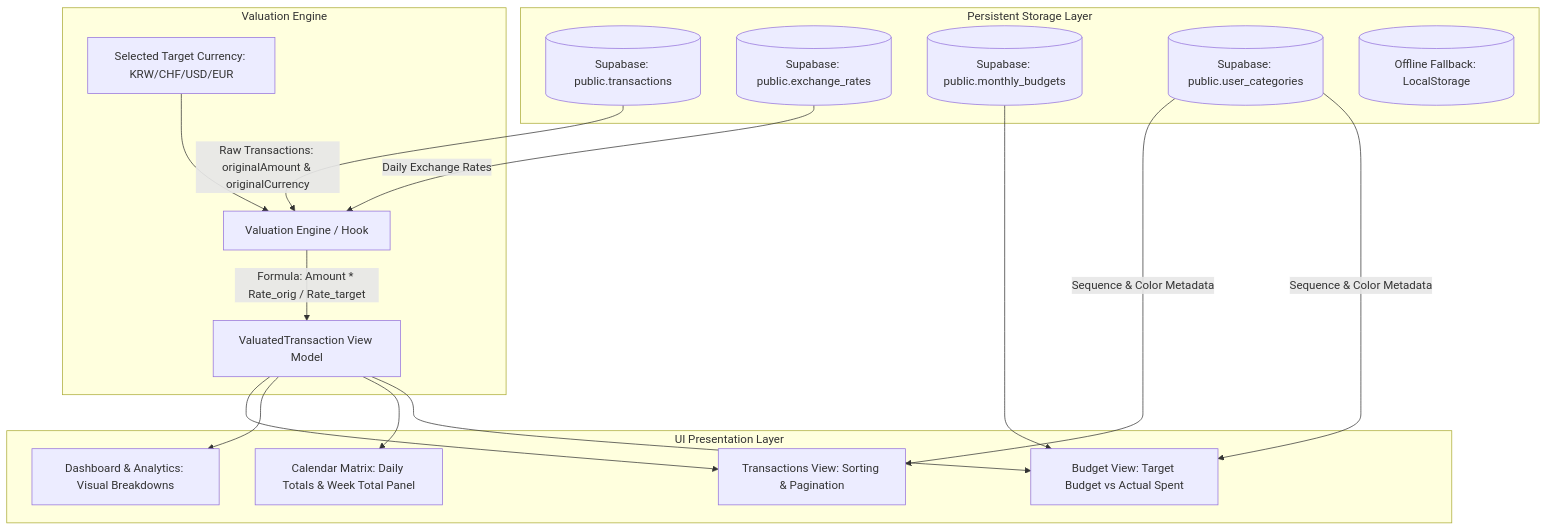
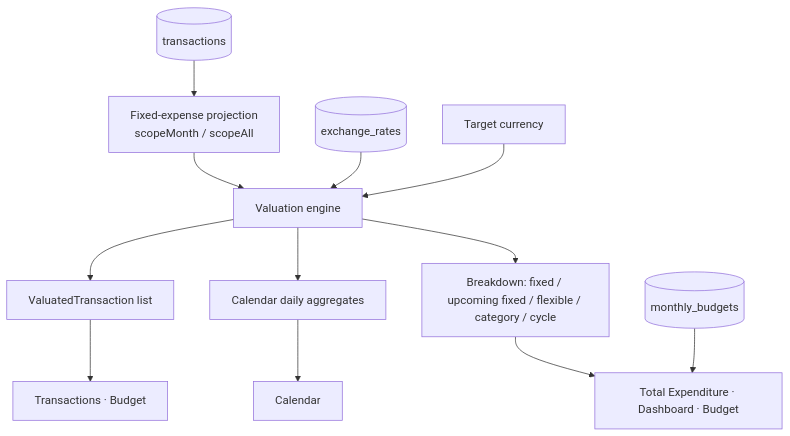
The diagram in README.md (mirecodes/tallyon), drawn with Mermaid before and after one commit. The commit also changed other lines of this file and 3 other files, not shown here.

First line of the commit message:
feat(calendar): liquid-glass daily total and flexible overspend highlight; rewrite README

````diff
--- a/README.md
+++ b/README.md
@@ -214,28 +186,14 @@
 ```mermaid
 flowchart TD
-    subgraph Storage [Persistent Storage Layer]
-        A[(Supabase: public.transactions)]
-        B[(Supabase: public.exchange_rates)]
-        C[(Supabase: public.monthly_budgets)]
-        D[(Supabase: public.user_categories)]
-        Fallback[(Offline Fallback: LocalStorage)]
-    end
-
-    subgraph Valuation [Valuation Engine]
-        A -->|Raw Transactions: originalAmount & originalCurrency| E[Valuation Engine / Hook]
-        B -->|Daily Exchange Rates| E
-        Target[Selected Target Currency: KRW/CHF/USD/EUR] --> E
-        
-        E -->|Formula: Amount * Rate_orig / Rate_target| F[ValuatedTransaction View Model]
-    end
-
-    subgraph Presentation [UI Presentation Layer]
-        F --> G[Transactions View: Sorting & Pagination]
-        F --> H[Dashboard & Analytics: Visual Breakdowns]
-        F --> I[Calendar Matrix: Daily Totals & Week Total Panel]
-        C --> J[Budget View: Target Budget vs Actual Spent]
-        F --> J
-        D -->|Sequence & Color Metadata| G
-        D -->|Sequence & Color Metadata| J
-    end
+    A[(transactions)] --> P[Fixed-expense projection<br/>scopeMonth / scopeAll]
+    P --> E[Valuation engine]
+    B[(exchange_rates)] --> E
+    T[Target currency] --> E
+    E --> V[ValuatedTransaction list]
+    E --> C[Calendar daily aggregates]
+    E --> K[Breakdown: fixed / upcoming fixed / flexible / category / cycle]
+    V --> UI[Transactions · Budget]
+    C --> UI2[Calendar]
+    K --> UI3[Total Expenditure · Dashboard · Budget]
+    BU[(monthly_budgets)] --> UI3
 ```
````
